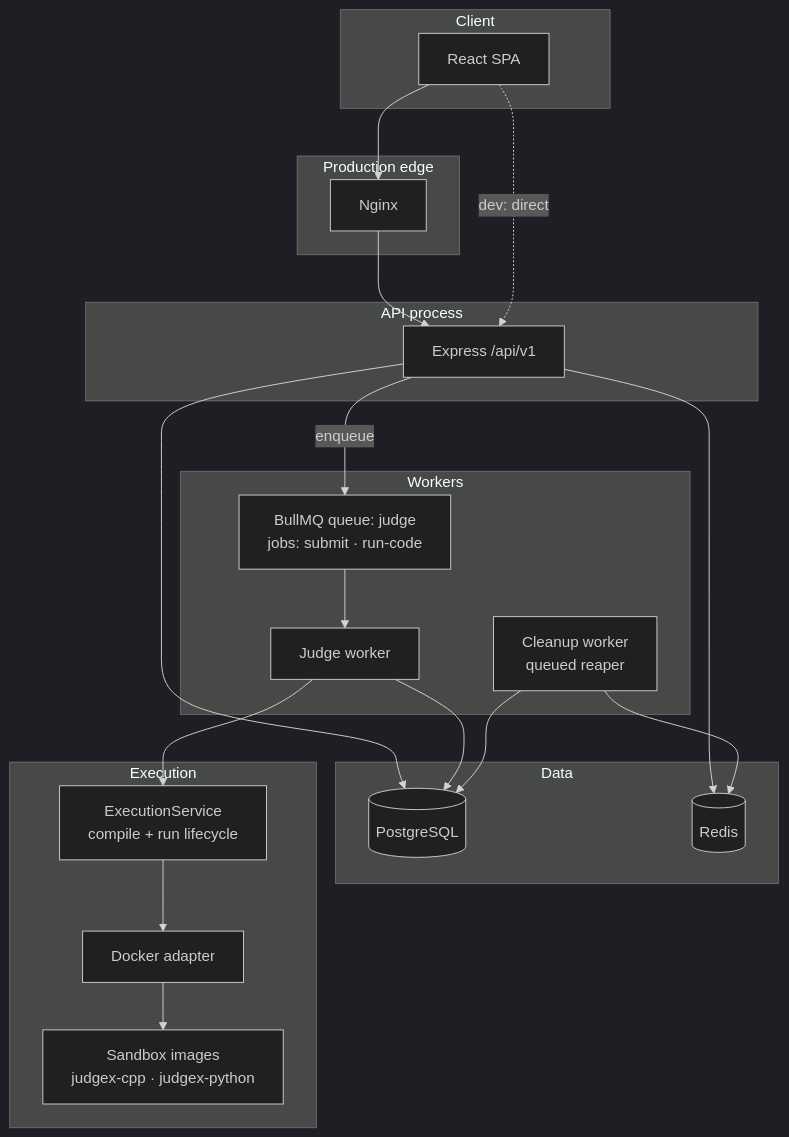
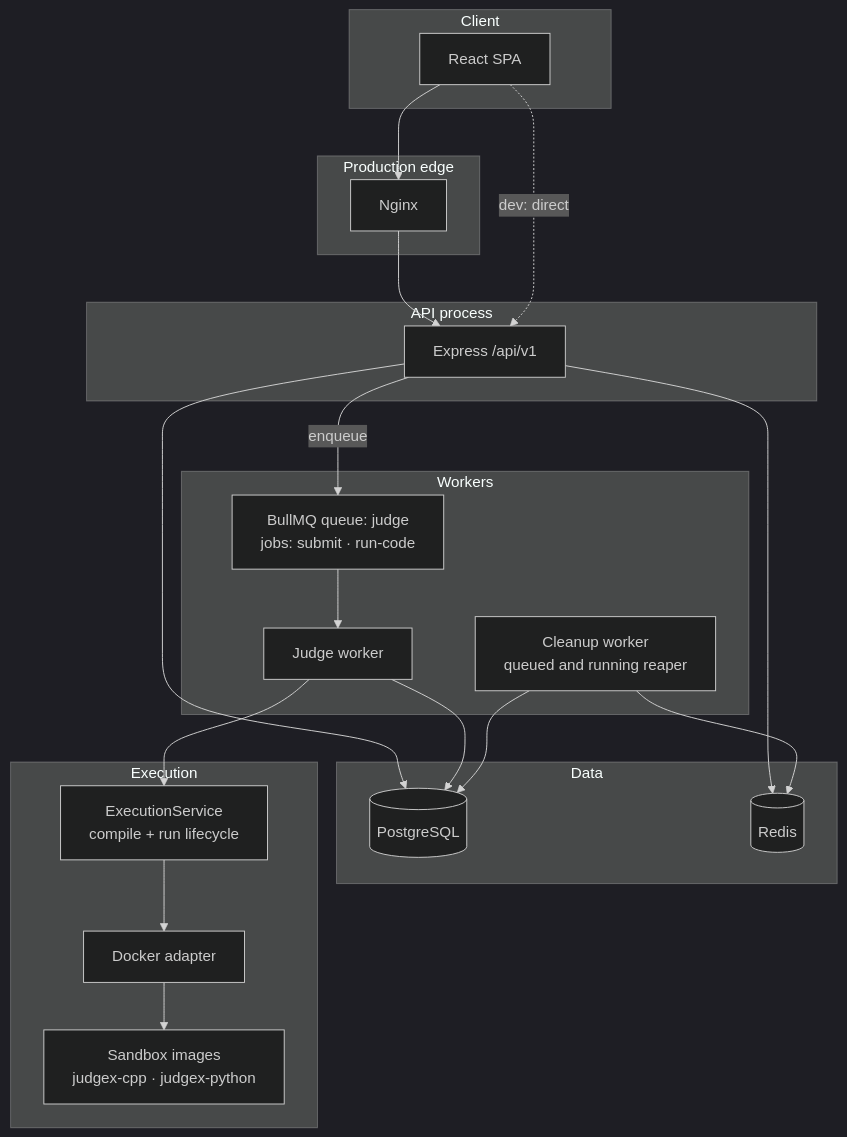
One commit to ReshwanthKudikala/JudgeX changed the second of 5 diagrams in README.md. Above: the diagram before and after it, drawn with Mermaid (dark theme). The commit also changed other lines of this file, not shown here.

````diff
--- a/README.md
+++ b/README.md
@@ -216,42 +216,42 @@
 ```mermaid
 flowchart TB
   subgraph Client
     FE[React SPA]
   end
 
   subgraph Edge["Production edge"]
     NGX[Nginx]
   end
 
   subgraph API["API process"]
     REST[Express /api/v1]
   end
 
   subgraph Data
     PG[(PostgreSQL)]
     RD[(Redis)]
   end
 
   subgraph Workers
     BQ["BullMQ queue: judge<br/>jobs: submit · run-code"]
     JW[Judge worker]
-    CW[Cleanup worker<br/>queued reaper]
+    CW[Cleanup worker<br/>queued and running reaper]
   end
 
   subgraph Execution
     ES[ExecutionService<br/>compile + run lifecycle]
     DA[Docker adapter]
     SB[Sandbox images<br/>judgex-cpp · judgex-python]
   end
 
   FE --> NGX --> REST
   FE -.->|dev: direct| REST
   REST --> PG
   REST --> RD
   REST -->|enqueue| BQ
   BQ --> JW
   JW --> PG
   JW --> ES --> DA --> SB
   CW --> PG
   CW --> RD
 ```
````
